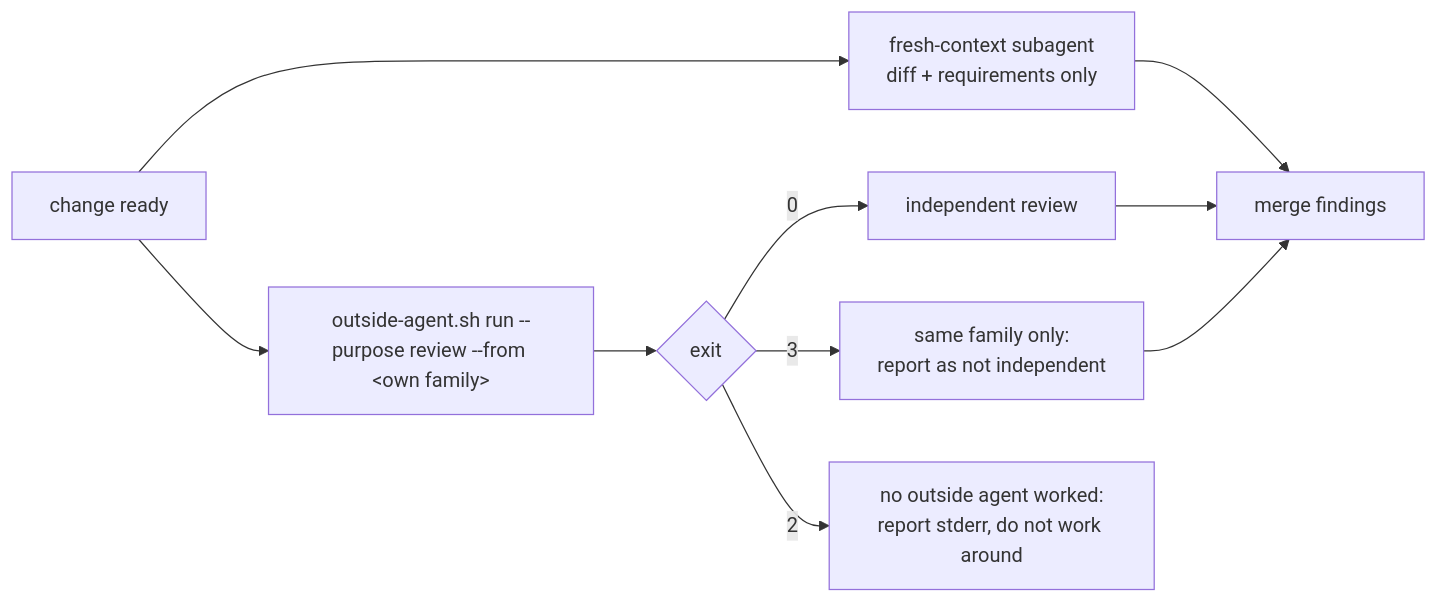
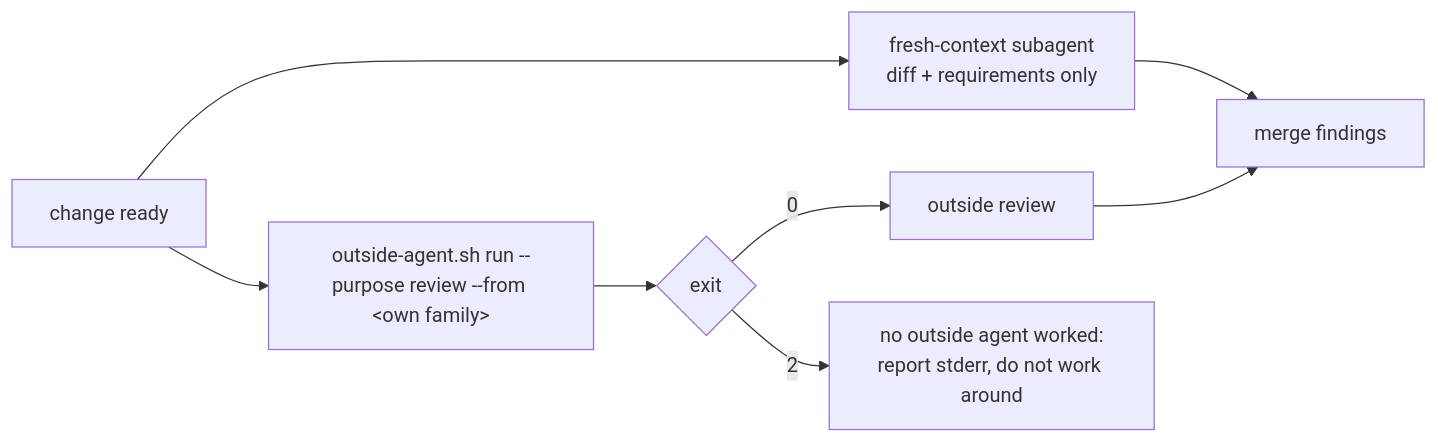
Before and after one commit to herocwhsu/agent-skills-setup: the third of 3 diagrams in README.md, drawn with Mermaid. The commit also changed other lines of this file and 7 other files, not shown here.

Commit message:
feat(rules): a fresh context makes a reviewer independent whatever its model family; outside-agent no longer exits 3

````diff
--- a/README.md
+++ b/README.md
@@ -579,12 +579,10 @@
 ```mermaid
 flowchart LR
     W[change ready] --> S[fresh-context subagent<br/>diff + requirements only]
     W --> O["outside-agent.sh run --purpose review --from &lt;own family&gt;"]
     O --> R{exit}
-    R -- 0 --> I[independent review]
-    R -- 3 --> N[same family only:<br/>report as not independent]
+    R -- 0 --> I[outside review]
     R -- 2 --> E[no outside agent worked:<br/>report stderr, do not work around]
     S --> M[merge findings]
     I --> M
-    N --> M
 ```
````
